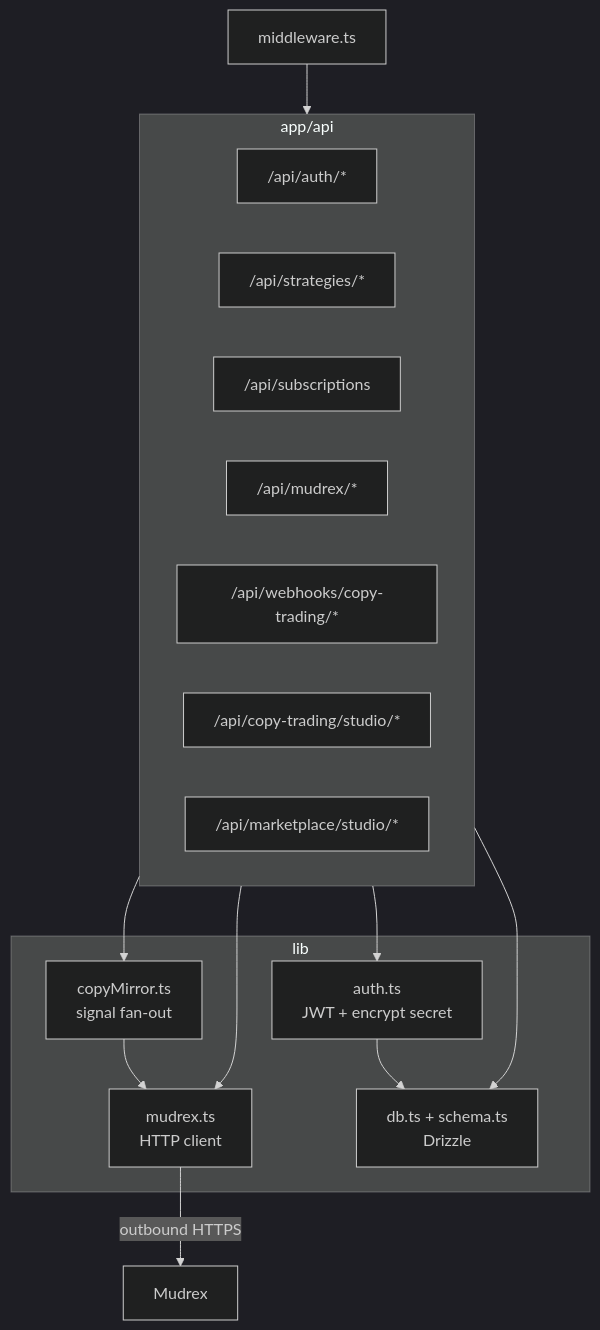
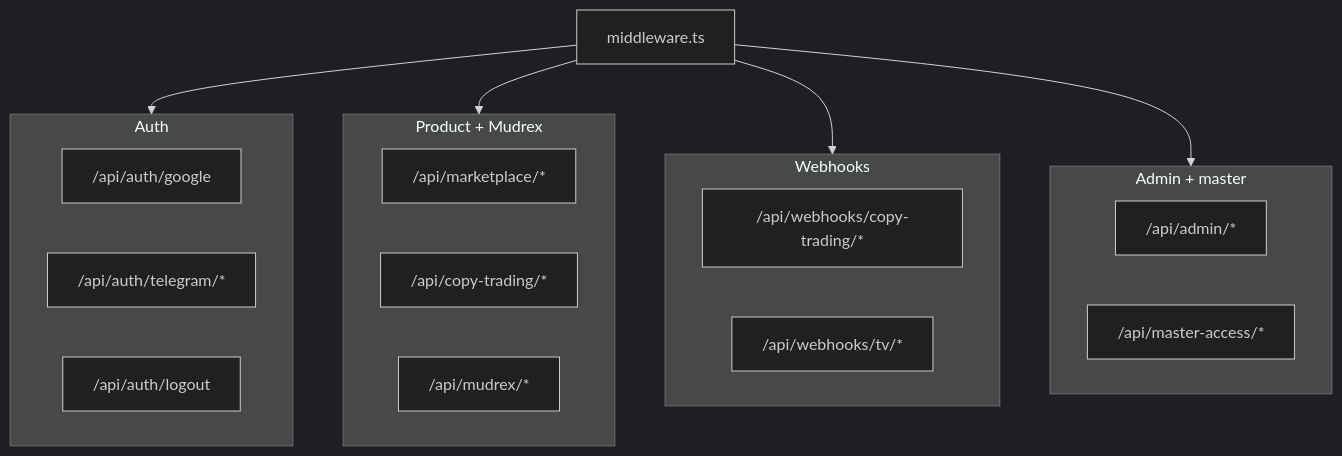
One commit to DecentralizedJM/RexAlgo changed the ninth of 11 diagrams in README.md. Above: the diagram before and after it, drawn with Mermaid (dark theme). The commit also changed other lines of this file and 2 other files, not shown here.

Commit message:
docs: refresh README with Postgres, Redis, auth, webhooks + Mermaid diagrams

````diff
--- a/README.md
+++ b/README.md
@@ -294,30 +381,26 @@
 ```mermaid
 flowchart TB
-  subgraph routes [app/api]
-    A1["/api/auth/*"]
-    A2["/api/strategies/*"]
-    A3["/api/subscriptions"]
-    A4["/api/mudrex/*"]
-    A5["/api/webhooks/copy-trading/*"]
-    A6["/api/copy-trading/studio/*"]
-    A7["/api/marketplace/studio/*"]
+  MW[middleware.ts]
+  subgraph auth [Auth]
+    G["/api/auth/google"]
+    T["/api/auth/telegram/*"]
+    L["/api/auth/logout"]
   end
-
-  subgraph lib [lib]
-    AUTH[auth.ts\nJWT + encrypt secret]
-    MR[mudrex.ts\nHTTP client]
-    DBL[db.ts + schema.ts\nDrizzle]
-    CM[copyMirror.ts\nsignal fan-out]
+  subgraph product [Product + Mudrex]
+    M1["/api/marketplace/*"]
+    M2["/api/copy-trading/*"]
+    M3["/api/mudrex/*"]
   end
-
-  MW[middleware.ts]
-
-  MW --> routes
-  routes --> AUTH
-  routes --> MR
-  routes --> DBL
-  routes --> CM
-  AUTH --> DBL
-  CM --> MR
-  MR -->|outbound HTTPS| EXT[Mudrex]
+  subgraph hooks [Webhooks]
+    W1["/api/webhooks/copy-trading/*"]
+    W2["/api/webhooks/tv/*"]
+  end
+  subgraph admin [Admin + master]
+    A["/api/admin/*"]
+    MA["/api/master-access/*"]
+  end
+  MW --> auth
+  MW --> product
+  MW --> hooks
+  MW --> admin
 ```
````
